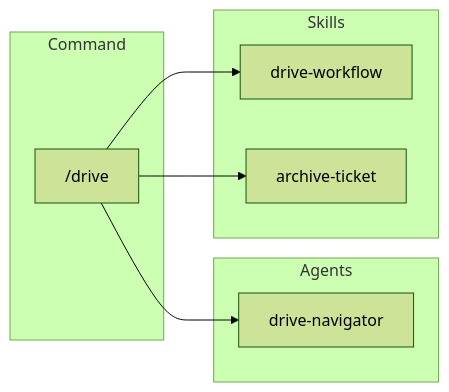
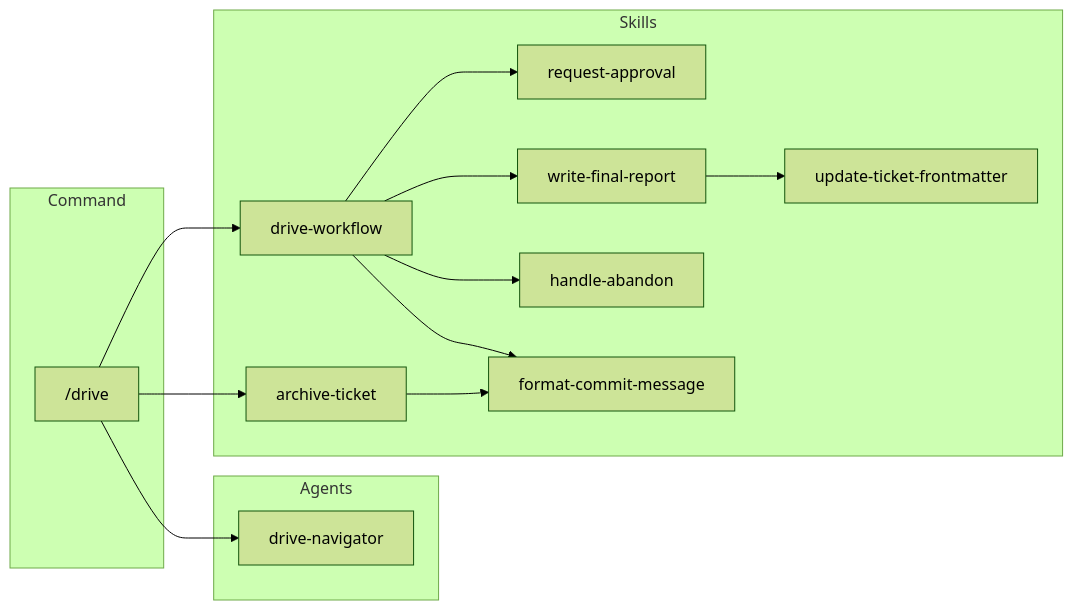
One commit to qmu/workaholic changed the third of 6 diagrams in .workaholic/specs/architecture.md. Above: the diagram before and after it, drawn with Mermaid (forest theme). The commit also changed 1 other file, not shown here.

Commit message:
Update /drive dependency graph with skill-to-skill connections
Motivation: The dependency diagrams were outdated after extracting composable skills. Added missing skill nodes and their preload relationships.

UX Change: None

Arch Change: Added request-approval, write-final-report, handle-abandon, format-commit-message, update-ticket-frontmatter to /drive diagram with accurate skill-to-skill connections.

````diff
--- a/.workaholic/specs/architecture.md
+++ b/.workaholic/specs/architecture.md
@@ -186,18 +186,28 @@
 ```mermaid
 flowchart LR
     subgraph Command
         drive["/drive"]
     end
 
     subgraph Agents
         dn[drive-navigator]
     end
 
     subgraph Skills
         dw[drive-workflow]
         at[archive-ticket]
+        ra[request-approval]
+        wfr[write-final-report]
+        ha[handle-abandon]
+        fcm[format-commit-message]
+        utf[update-ticket-frontmatter]
     end
 
     drive --> dn
     drive --> dw & at
+
+    %% Skill-to-skill
+    dw --> ra & wfr & ha & fcm
+    at --> fcm
+    wfr --> utf
 ```
````
